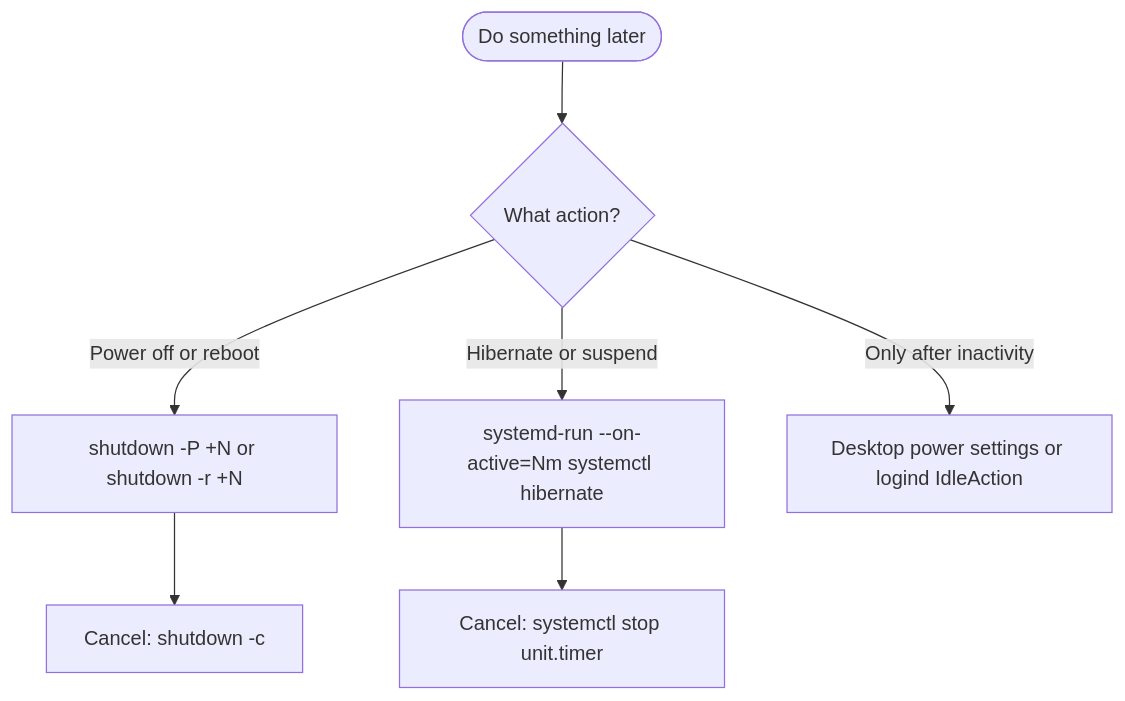
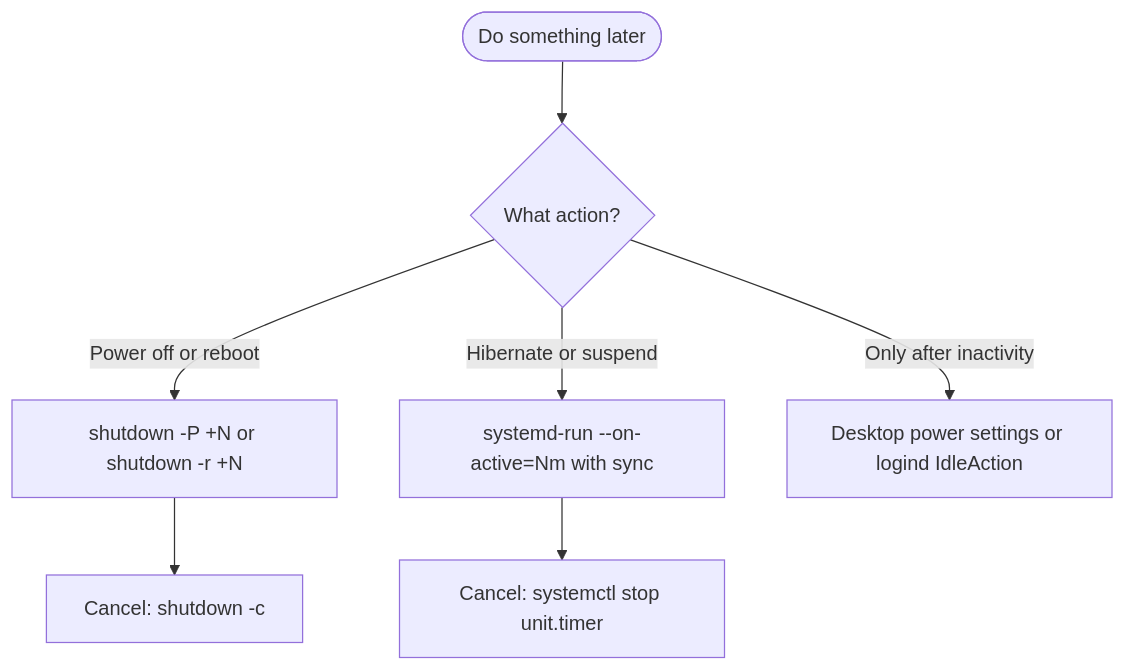
Before and after one commit to itachi-re/clean-system-guide: the first of 2 diagrams in system/timed-power-actions.md, drawn with Mermaid. The commit also changed other lines of this file, not shown here.

````diff
--- a/system/timed-power-actions.md
+++ b/system/timed-power-actions.md
@@ -53,9 +60,9 @@
 ```mermaid
 flowchart TD
     A([Do something later]) --> B{What action?}
     B -->|Power off or reboot| C["shutdown -P +N or shutdown -r +N"]
-    B -->|Hibernate or suspend| D["systemd-run --on-active=Nm systemctl hibernate"]
+    B -->|Hibernate or suspend| D["systemd-run --on-active=Nm with sync"]
     B -->|Only after inactivity| E["Desktop power settings or logind IdleAction"]
     C --> F["Cancel: shutdown -c"]
     D --> G["Cancel: systemctl stop unit.timer"]
 ```
````
